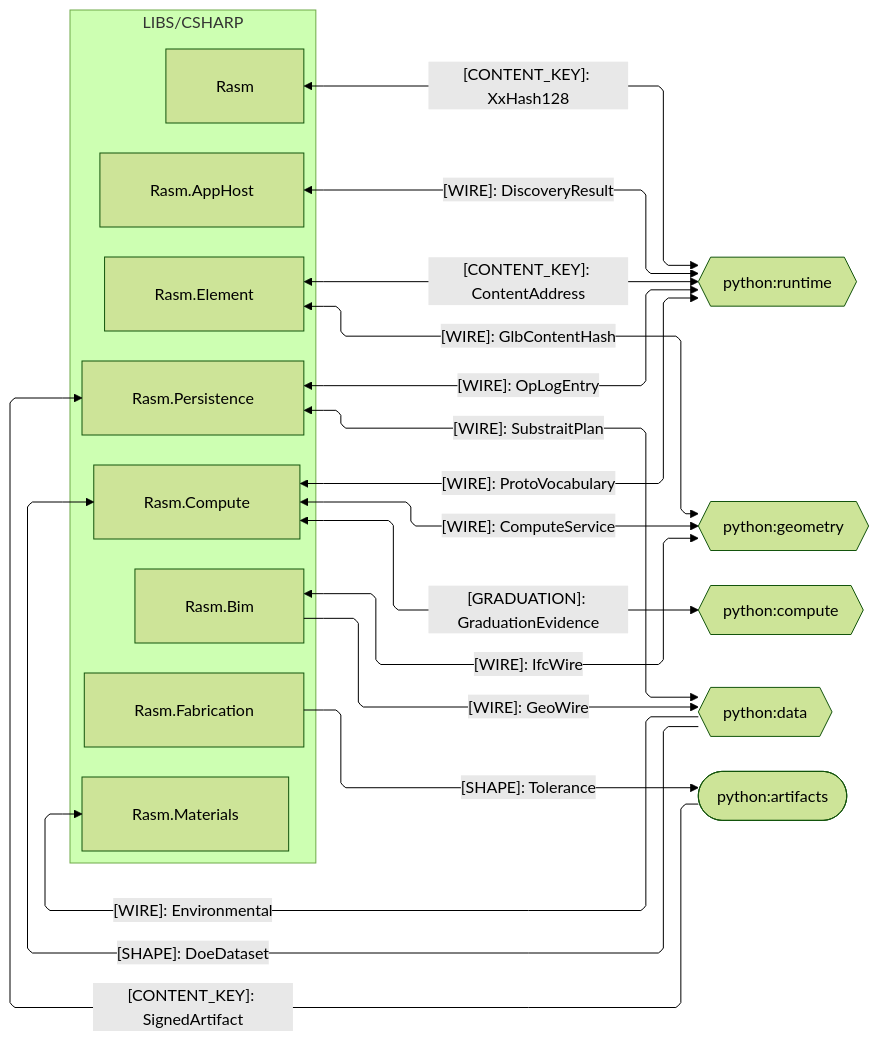
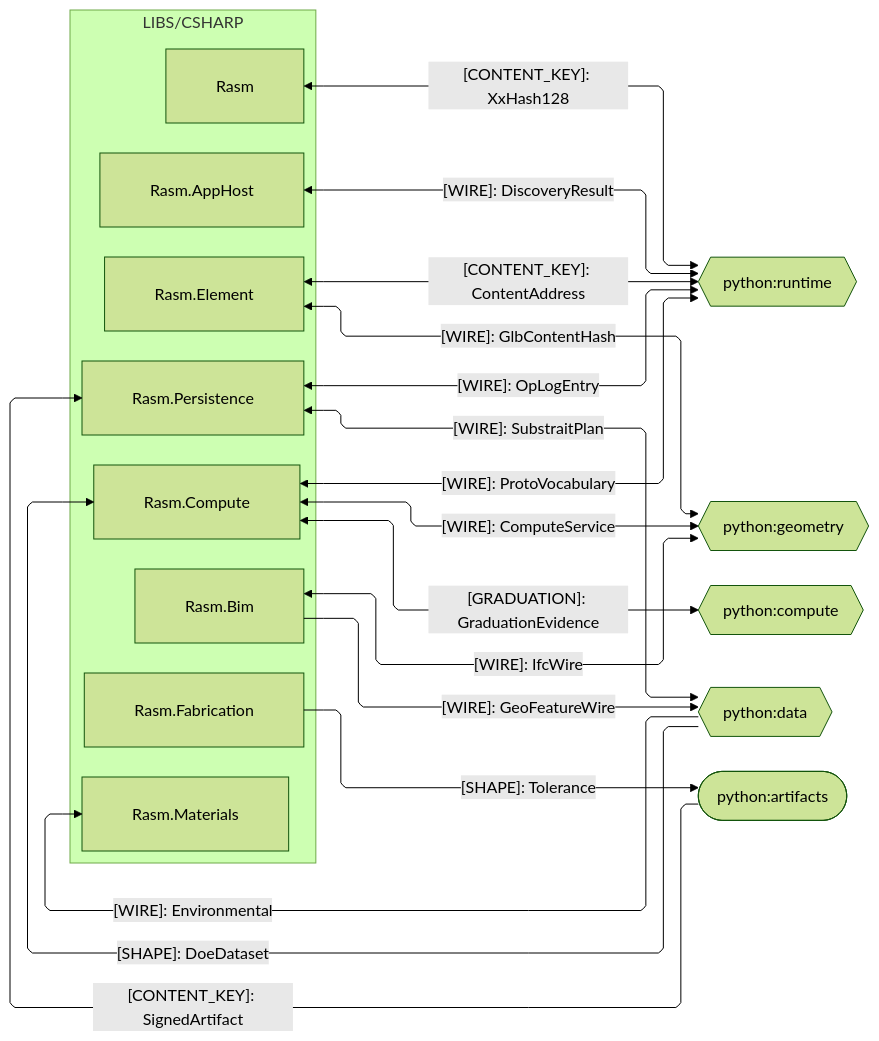
One commit to bsamiee/Rasm changed the second of 5 diagrams in libs/csharp/.planning/ARCHITECTURE.md. Above: the diagram before and after it, drawn with Mermaid (forest theme). The commit also changed other lines of this file and 486 other files, not shown here.

````diff
--- a/libs/csharp/.planning/ARCHITECTURE.md
+++ b/libs/csharp/.planning/ARCHITECTURE.md
@@ -94,42 +108,42 @@
 ```mermaid
 ---
 config:
   layout: elk
   flowchart:
     curve: linear
     padding: 25
 ---
 flowchart LR
     accTitle: C# branch python seam registry
     accDescr: C# packages exchanging kinded contract shapes with the python packages — data-bearing kinds and shape contracts as labeled edges — bidirectional peers as hexagons, one-way sources and sinks as stadiums.
     subgraph csharp[LIBS/CSHARP]
         Rasm[Rasm]
         Element[Rasm.Element]
         Bim[Rasm.Bim]
         Materials[Rasm.Materials]
         Fabrication[Rasm.Fabrication]
         AppHost[Rasm.AppHost]
         Compute[Rasm.Compute]
         Persistence[Rasm.Persistence]
     end
     PyRuntime{{python:runtime}}
     PyGeometry{{python:geometry}}
     PyCompute{{python:compute}}
     PyData{{python:data}}
     PyArtifacts([python:artifacts])
     Rasm <-->|"[CONTENT_KEY]: XxHash128"| PyRuntime
     Element <-->|"[WIRE]: GlbContentHash"| PyGeometry
     Element <-->|"[CONTENT_KEY]: ContentAddress"| PyRuntime
     Bim <-->|"[WIRE]: IfcWire"| PyGeometry
-    Bim -->|"[WIRE]: GeoWire"| PyData
+    Bim -->|"[WIRE]: GeoFeatureWire"| PyData
     PyData -->|"[WIRE]: Environmental"| Materials
     Fabrication -->|"[SHAPE]: Tolerance"| PyArtifacts
     AppHost <-->|"[WIRE]: DiscoveryResult"| PyRuntime
     Compute <-->|"[WIRE]: ComputeService"| PyGeometry
     Compute <-->|"[WIRE]: ProtoVocabulary"| PyRuntime
     Compute <-->|"[GRADUATION]: GraduationEvidence"| PyCompute
     PyData -->|"[SHAPE]: DoeDataset"| Compute
     Persistence <-->|"[WIRE]: OpLogEntry"| PyRuntime
     PyArtifacts -->|"[CONTENT_KEY]: SignedArtifact"| Persistence
     Persistence <-->|"[WIRE]: SubstraitPlan"| PyData
 ```
````
